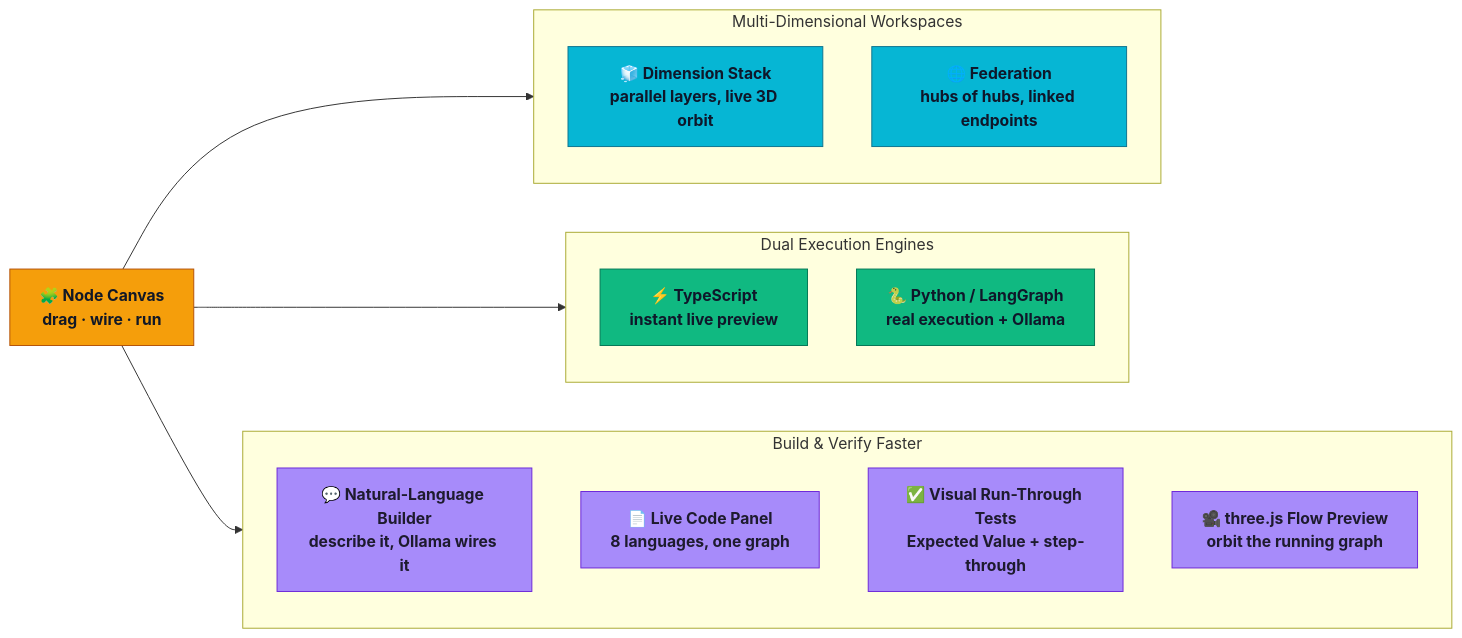
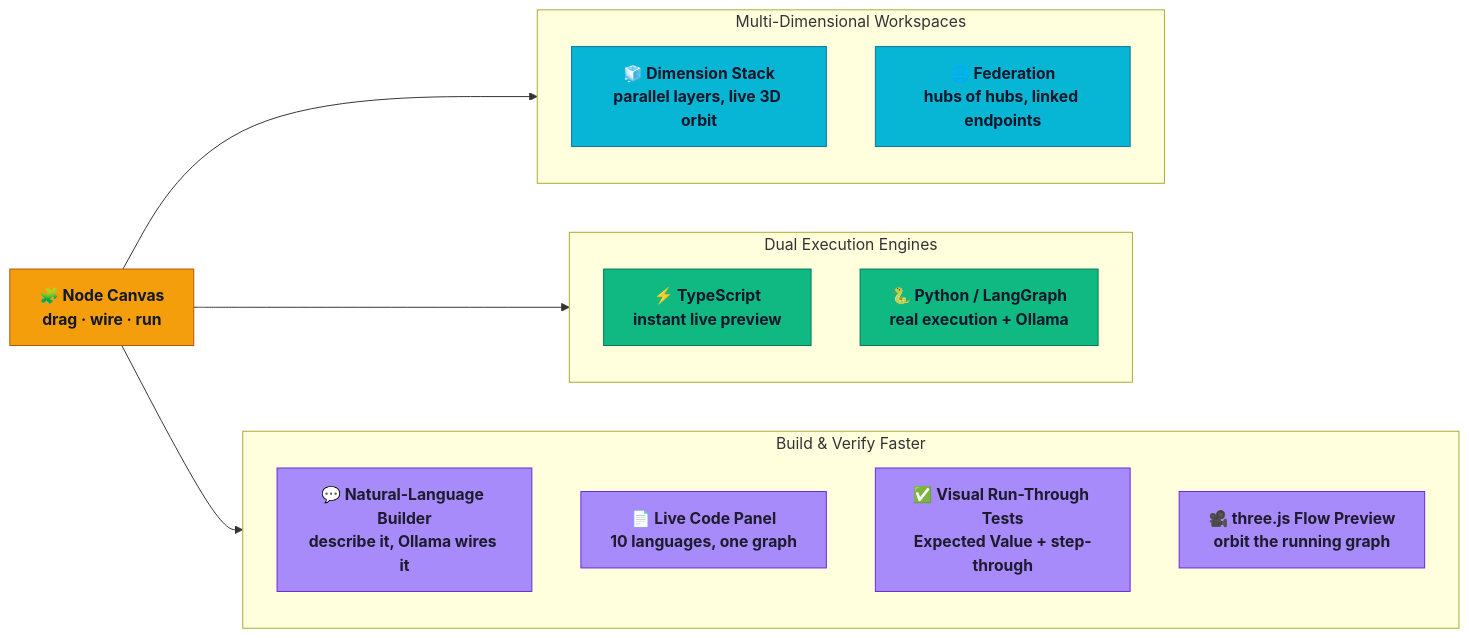
One commit to GeekatplayStudio/LogiTensor changed the diagram in README.md. Above: the diagram before and after it, drawn with Mermaid. The commit also changed other lines of this file and 9 other files, not shown here.

First line of the commit message:
Load flows and source files by drag and drop

````diff
--- a/README.md
+++ b/README.md
@@ -7,30 +7,30 @@
 ```mermaid
 flowchart LR
     classDef core fill:#f59e0b,stroke:#b45309,color:#111827,font-weight:bold
     classDef dim fill:#06b6d4,stroke:#0e7490,color:#0f172a,font-weight:bold
     classDef exec fill:#10b981,stroke:#047857,color:#0f172a,font-weight:bold
     classDef new fill:#a78bfa,stroke:#6d28d9,color:#1e1b2e,font-weight:bold
 
     Canvas["🧩 Node Canvas<br/>drag · wire · run"]:::core
 
     subgraph Dimensions["Multi-Dimensional Workspaces"]
         Layers["🧊 Dimension Stack<br/>parallel layers, live 3D orbit"]:::dim
         Hubs["🌐 Federation<br/>hubs of hubs, linked endpoints"]:::dim
     end
 
     subgraph Engines["Dual Execution Engines"]
         TS["⚡ TypeScript<br/>instant live preview"]:::exec
         Py["🐍 Python / LangGraph<br/>real execution + Ollama"]:::exec
     end
 
     subgraph NewSurfaces["Build & Verify Faster"]
         NL["💬 Natural-Language Builder<br/>describe it, Ollama wires it"]:::new
-        Code["📄 Live Code Panel<br/>8 languages, one graph"]:::new
+        Code["📄 Live Code Panel<br/>10 languages, one graph"]:::new
         Tests["✅ Visual Run-Through Tests<br/>Expected Value + step-through"]:::new
         ThreeD["🎥 three.js Flow Preview<br/>orbit the running graph"]:::new
     end
 
     Canvas --> Dimensions
     Canvas --> Engines
     Canvas --> NewSurfaces
 ```
````
